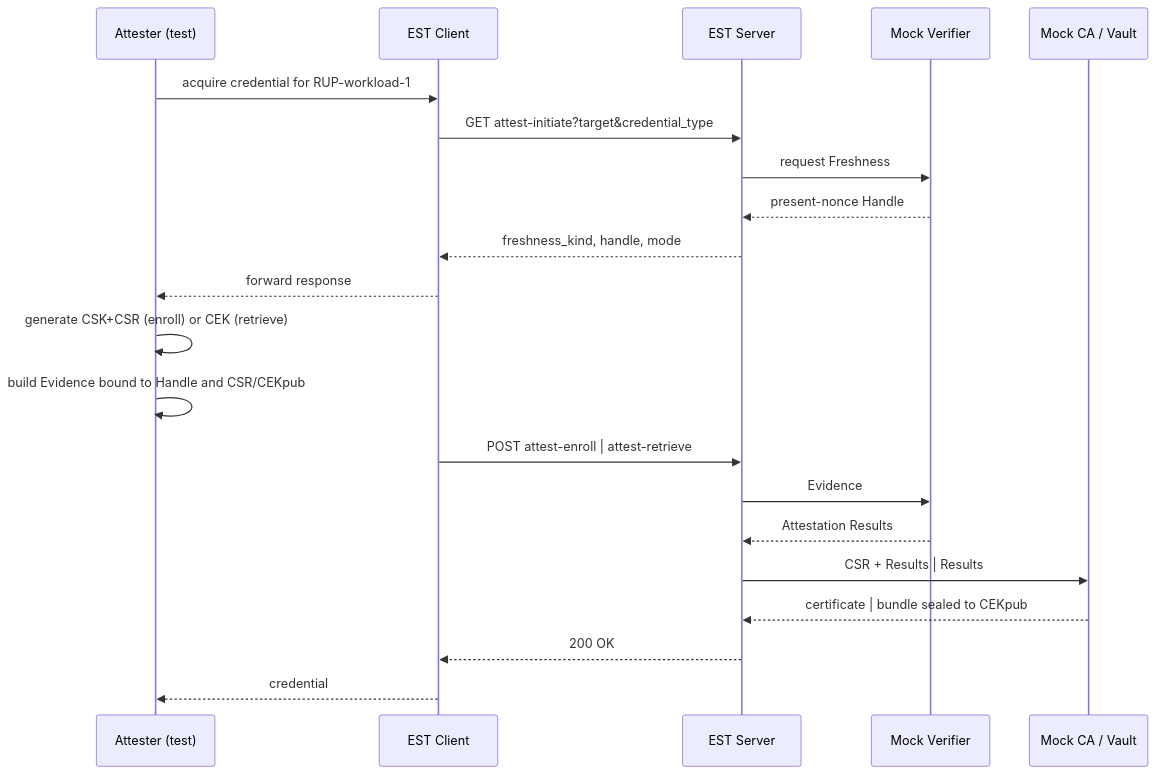
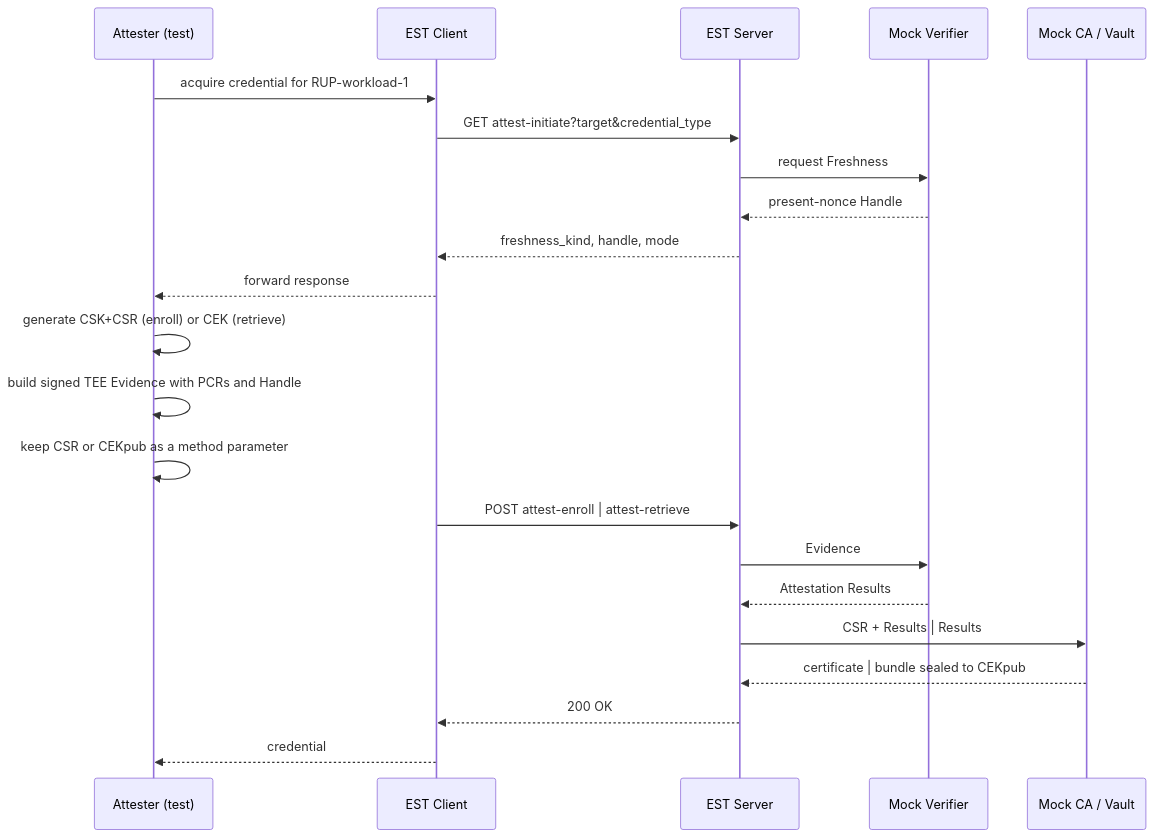
The diagram in est/readme_est_ext.md (TWI-Unified-Model/tacra), drawn with Mermaid before and after one commit. The commit also changed other lines of this file and 1 other file, not shown here.

````diff
--- a/est/readme_est_ext.md
+++ b/est/readme_est_ext.md
@@ -71,24 +71,25 @@
 ```mermaid
 sequenceDiagram
     participant A as Attester (test)
     participant C as EST Client
     participant S as EST Server
     participant V as Mock Verifier
     participant CA as Mock CA / Vault
 
     A->>C: acquire credential for RUP-workload-1
     C->>S: GET attest-initiate?target&credential_type
     S->>V: request Freshness
     V-->>S: present-nonce Handle
     S-->>C: freshness_kind, handle, mode
     C-->>A: forward response
     A->>A: generate CSK+CSR (enroll) or CEK (retrieve)
-    A->>A: build Evidence bound to Handle and CSR/CEKpub
+    A->>A: build signed TEE Evidence with PCRs and Handle
+    A->>A: keep CSR or CEKpub as a method parameter
     C->>S: POST attest-enroll | attest-retrieve
     S->>V: Evidence
     V-->>S: Attestation Results
     S->>CA: CSR + Results | Results
     CA-->>S: certificate | bundle sealed to CEKpub
     S-->>C: 200 OK
     C-->>A: credential
 ```
````
